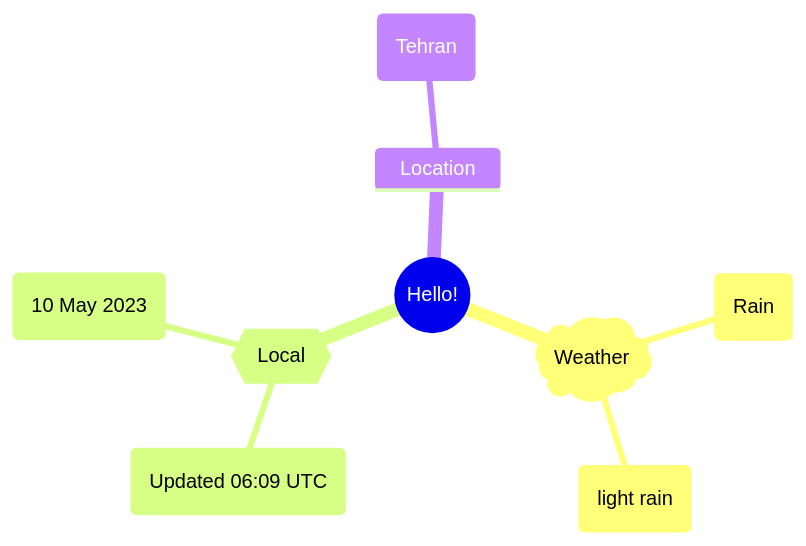
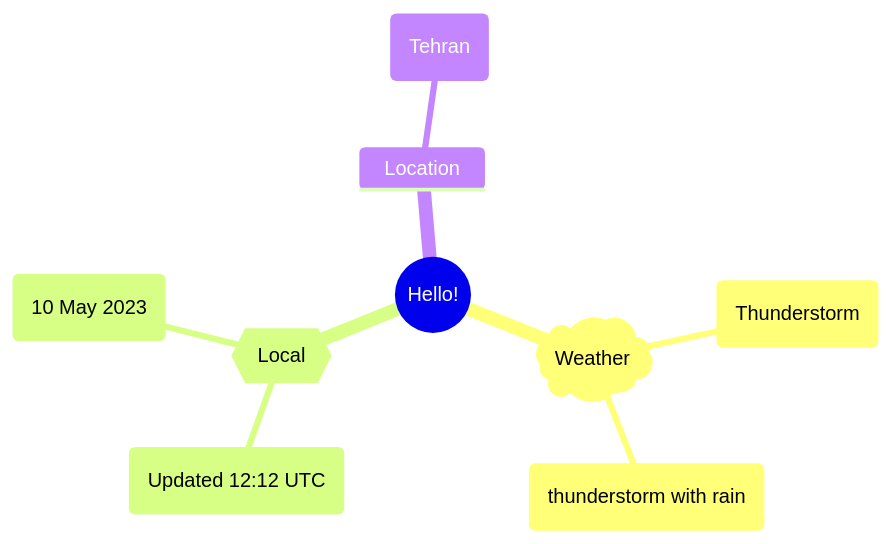
Before and after one commit to Xosrov/Xosrov: the first of 2 diagrams in README.md, drawn with Mermaid.

Commit message:
[bot] updated images

````diff
--- a/README.md
+++ b/README.md
@@ -3,12 +3,12 @@
 ```mermaid
 mindmap
   root((Hello!))
     )Weather(
-        (Rain)
-        (light rain)
+        (Thunderstorm)
+        (thunderstorm with rain)
     {{Local}}
-        (Updated 06:09 UTC)
+        (Updated 12:12 UTC)
         (10 May 2023)
     Location
         (Tehran)
 ```
````
